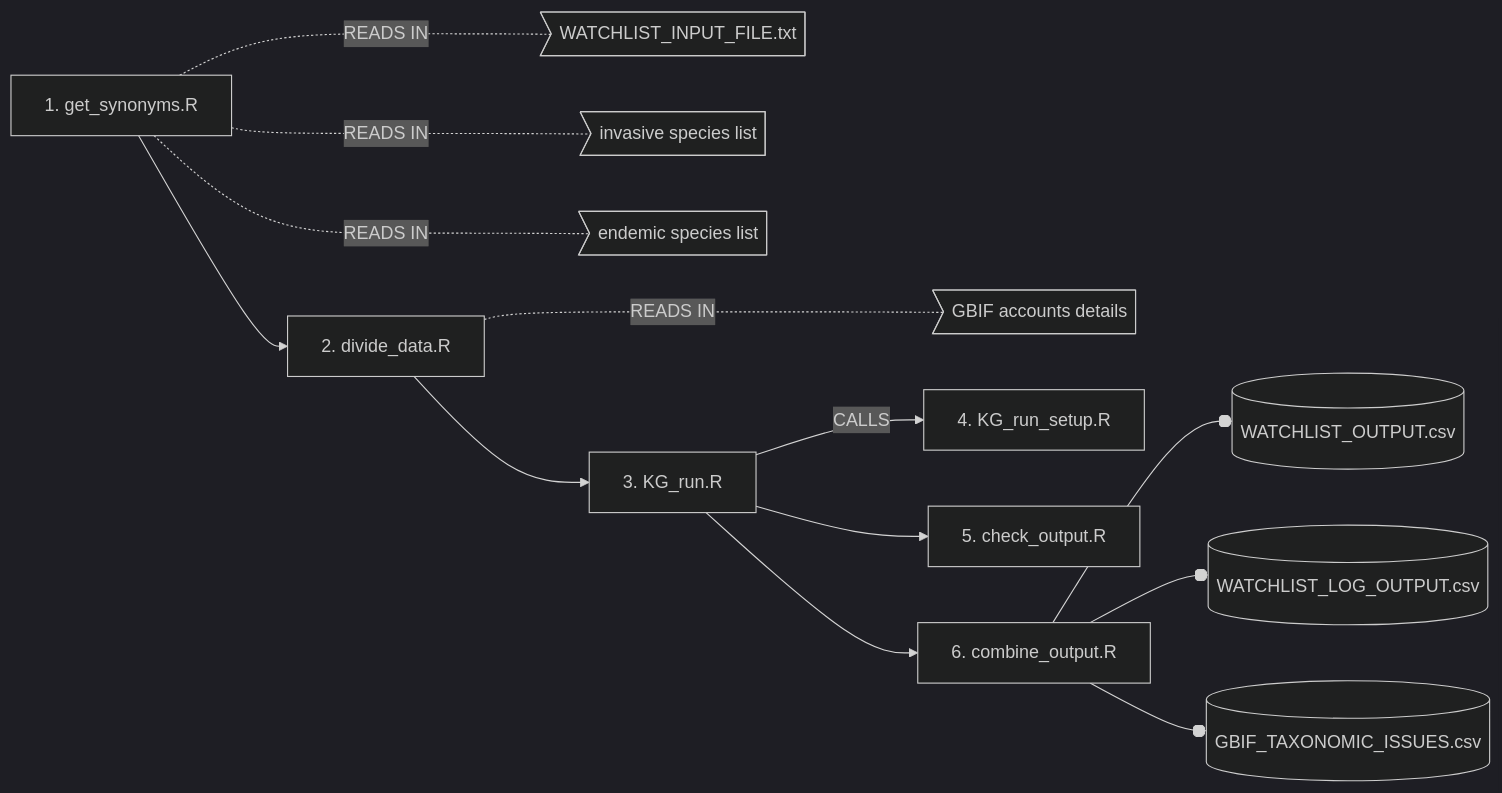
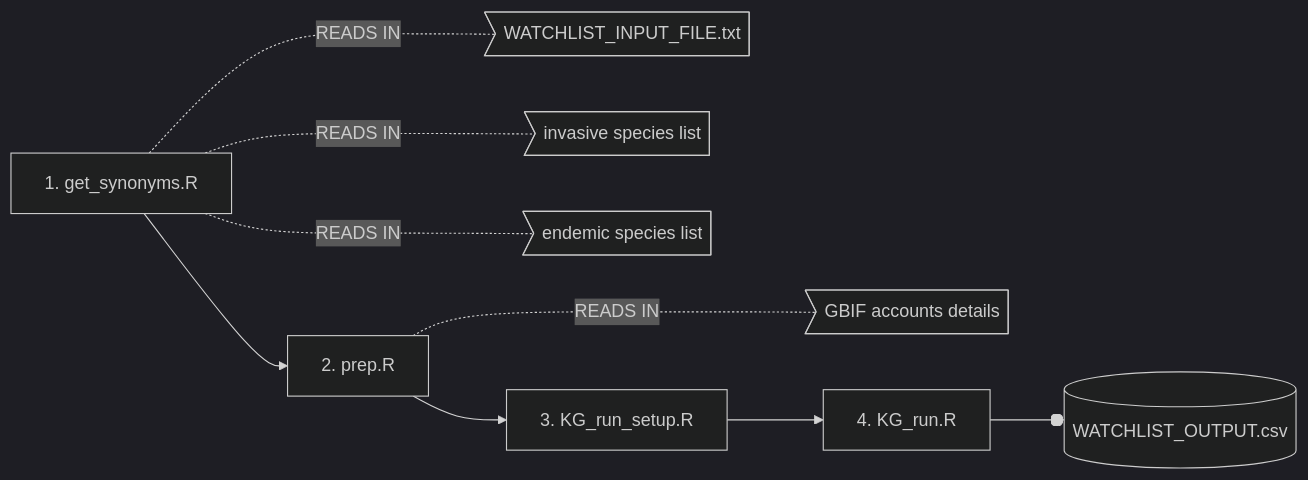
One commit to clarkevansteenderen/KG_watchlist_parallel changed the diagram in README.md. Above: the diagram before and after it, drawn with Mermaid (dark theme). The commit also changed other lines of this file, not shown here.

````diff
--- a/README.md
+++ b/README.md
@@ -58,10 +58,9 @@
 ```mermaid
   graph LR;
-      A[1. get_synonyms.R] --> B[2. divide_data.R]
+      A[1. get_synonyms.R] --> B[2. prep.R]
       A -..- |READS IN| C>WATCHLIST_INPUT_FILE.txt] & D>invasive species list] & E>endemic species list] 
       B -..- |READS IN| F>GBIF accounts details]
-      B --> G[3. KG_run.R]
-      G --> |CALLS| H[4. KG_run_setup.R]
-      G --> I[5. check_output.R] & J[6. combine_output.R]
-      J--o K[(WATCHLIST_OUTPUT.csv)] & L[(WATCHLIST_LOG_OUTPUT.csv)] & M[(GBIF_TAXONOMIC_ISSUES.csv)]
+      B --> G[3. KG_run_setup.R]
+      G --> H[4. KG_run.R]
+      H--o K[(WATCHLIST_OUTPUT.csv)]
 ```
````
